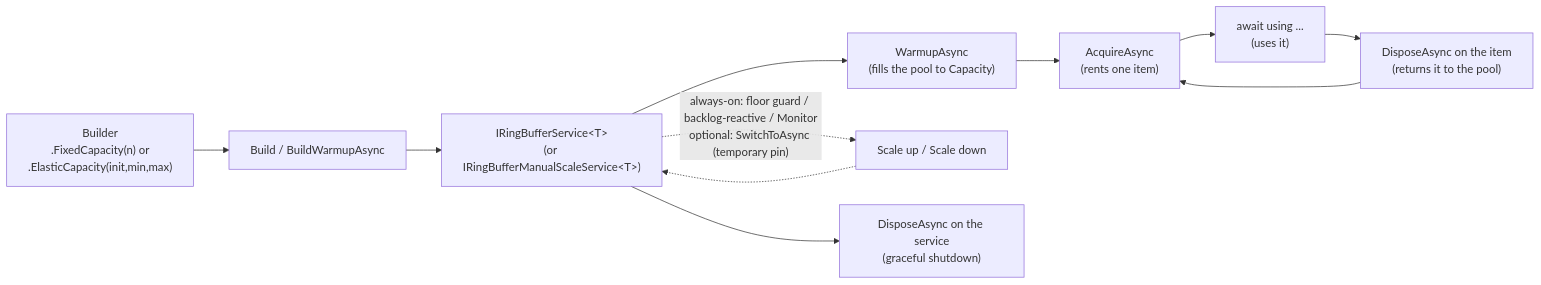
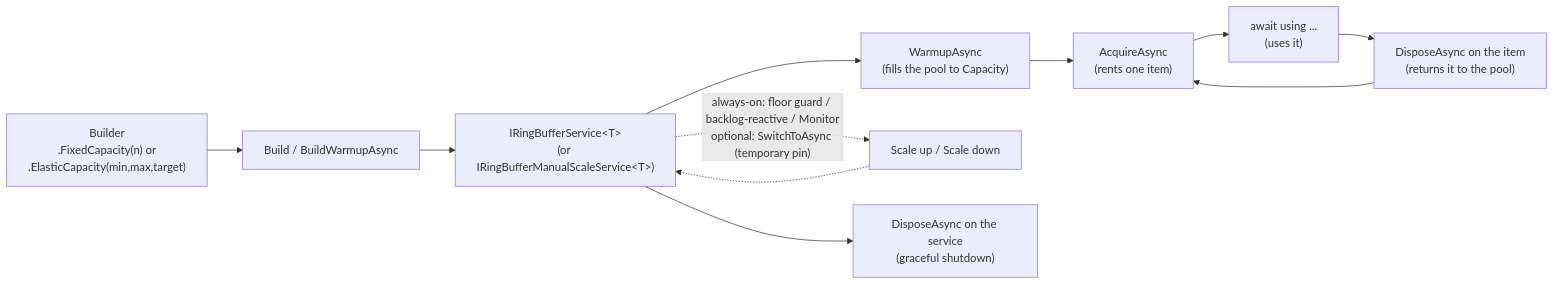
One commit to FRACerqueira/RingBufferPlus changed the diagram in doc/guides/concepts.md. Above: the diagram before and after it, drawn with Mermaid. The commit also changed 23 other files, not shown here.

````diff
--- a/doc/guides/concepts.md
+++ b/doc/guides/concepts.md
@@ -36,13 +36,13 @@
 ```mermaid
 flowchart LR
-    A["Builder<br/>.FixedCapacity(n) or<br/>.ElasticCapacity(init,min,max)"] --> B["Build / BuildWarmupAsync"]
+    A["Builder<br/>.FixedCapacity(n) or<br/>.ElasticCapacity(min,max,target)"] --> B["Build / BuildWarmupAsync"]
     B --> C["IRingBufferService&lt;T&gt;<br/>(or IRingBufferManualScaleService&lt;T&gt;)"]
     C --> D["WarmupAsync<br/>(fills the pool to Capacity)"]
     D --> E["AcquireAsync<br/>(rents one item)"]
     E --> F["await using ...<br/>(uses it)"]
     F --> G["DisposeAsync on the item<br/>(returns it to the pool)"]
     G --> E
     C -.->|"always-on: floor guard / backlog-reactive / Monitor<br/>optional: SwitchToAsync (temporary pin)"| H["Scale up / Scale down"]
     H -.-> C
     C --> I["DisposeAsync on the service<br/>(graceful shutdown)"]
 ```
````
